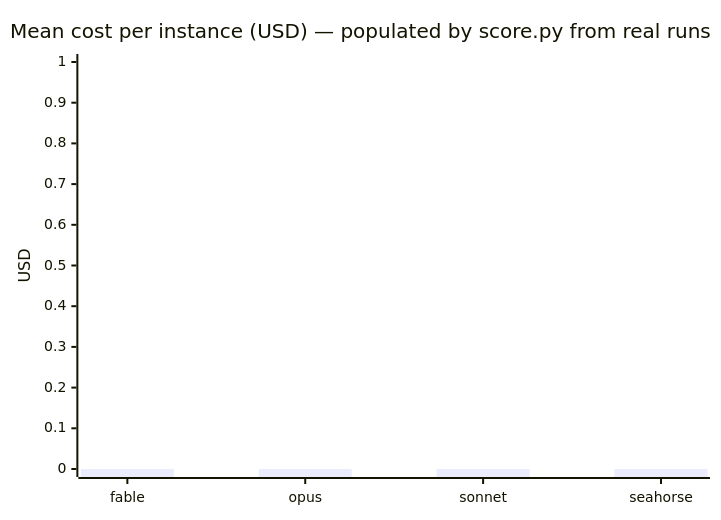
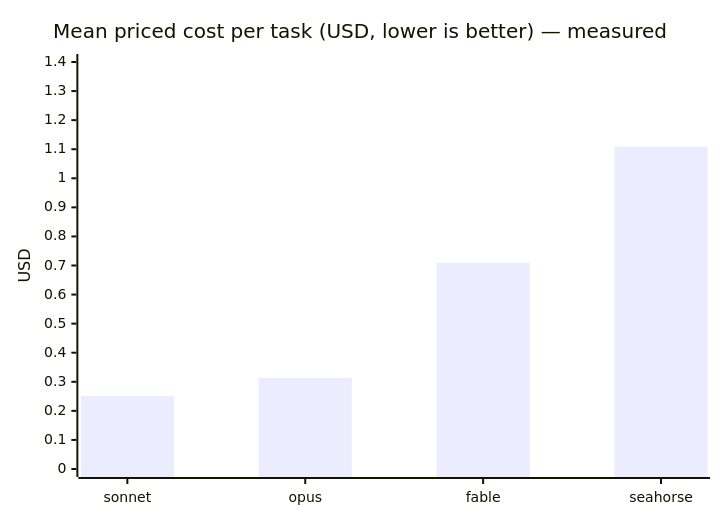
The third of 3 diagrams in README.md (Archit3115/seahorse), drawn with Mermaid before and after one commit. The commit also changed other lines of this file and 19 other files, not shown here.

First line of the commit message:
feat(benchmarks): token-priced track — tokens→USD, guarded headless, measured pilot

````diff
--- a/README.md
+++ b/README.md
@@ -160,7 +151,7 @@
 ```mermaid
 xychart-beta
-    title "Mean cost per instance (USD) — populated by score.py from real runs"
-    x-axis ["fable", "opus", "sonnet", "seahorse"]
-    y-axis "USD" 0 --> 1
-    bar [0, 0, 0, 0]
+    title "Mean priced cost per task (USD, lower is better) — measured"
+    x-axis ["sonnet", "opus", "fable", "seahorse"]
+    y-axis "USD" 0 --> 1.4
+    bar [0.2507, 0.3139, 0.7095, 1.1091]
 ```
````
